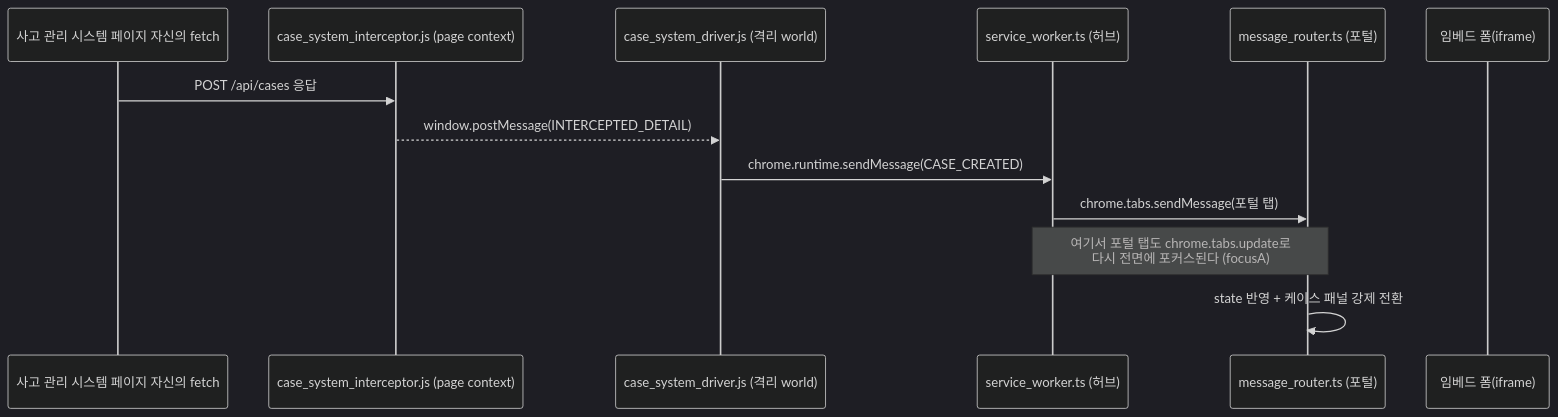
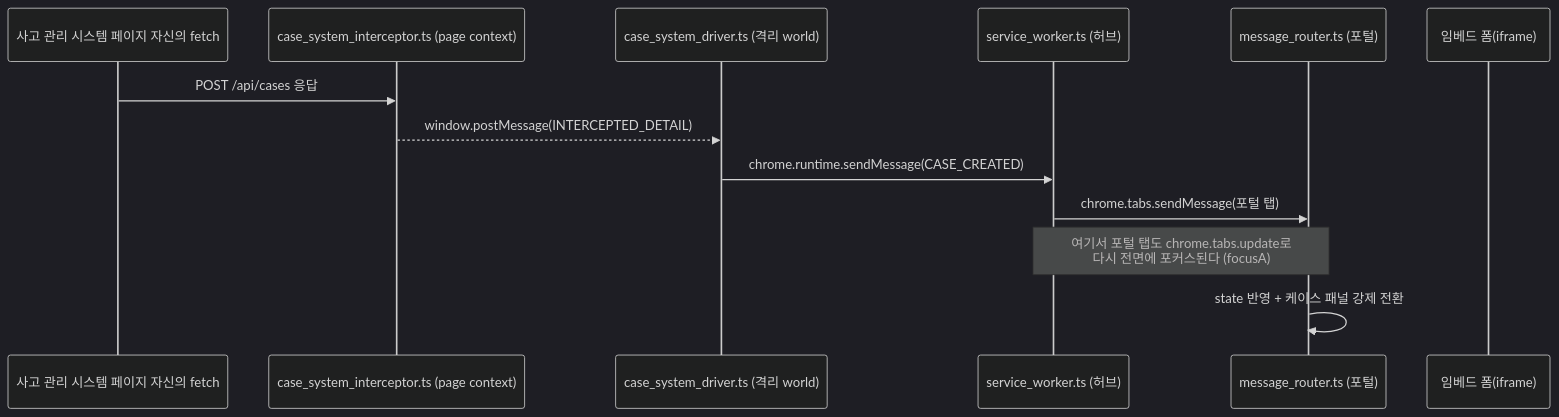
The first of 2 diagrams in docs/ARCHITECTURE.md (JY-maru/spog-sidebar), drawn with Mermaid (dark theme) before and after one commit. The commit also changed other lines of this file and 23 other files, not shown here.

````diff
--- a/docs/ARCHITECTURE.md
+++ b/docs/ARCHITECTURE.md
@@ -92,16 +92,16 @@
 ```mermaid
 sequenceDiagram
     participant Page as 사고 관리 시스템 페이지 자신의 fetch
-    participant Inject as case_system_interceptor.js (page context)
-    participant Content as case_system_driver.js (격리 world)
+    participant Inject as case_system_interceptor.ts (page context)
+    participant Content as case_system_driver.ts (격리 world)
     participant BG as service_worker.ts (허브)
     participant Router as message_router.ts (포털)
     participant Iframe as 임베드 폼(iframe)
 
     Page->>Inject: POST /api/cases 응답
     Inject-->>Content: window.postMessage(INTERCEPTED_DETAIL)
     Content->>BG: chrome.runtime.sendMessage(CASE_CREATED)
     BG->>Router: chrome.tabs.sendMessage(포털 탭)
     Note over BG,Router: 여기서 포털 탭도 chrome.tabs.update로<br/>다시 전면에 포커스된다 (focusA)
     Router->>Router: state 반영 + 케이스 패널 강제 전환
 ```
````
